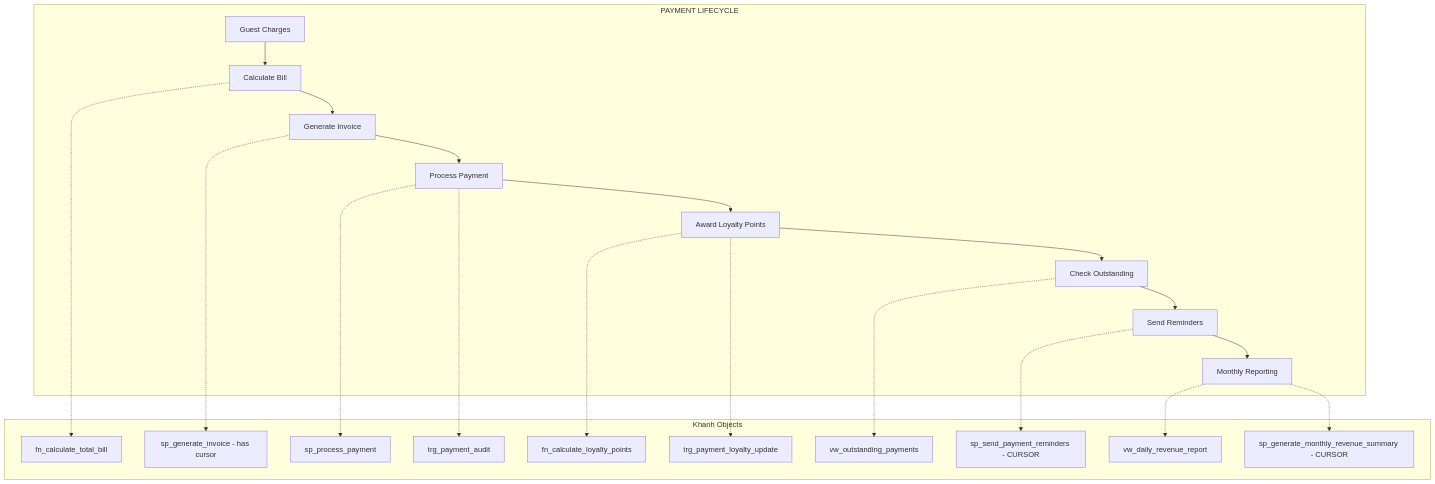
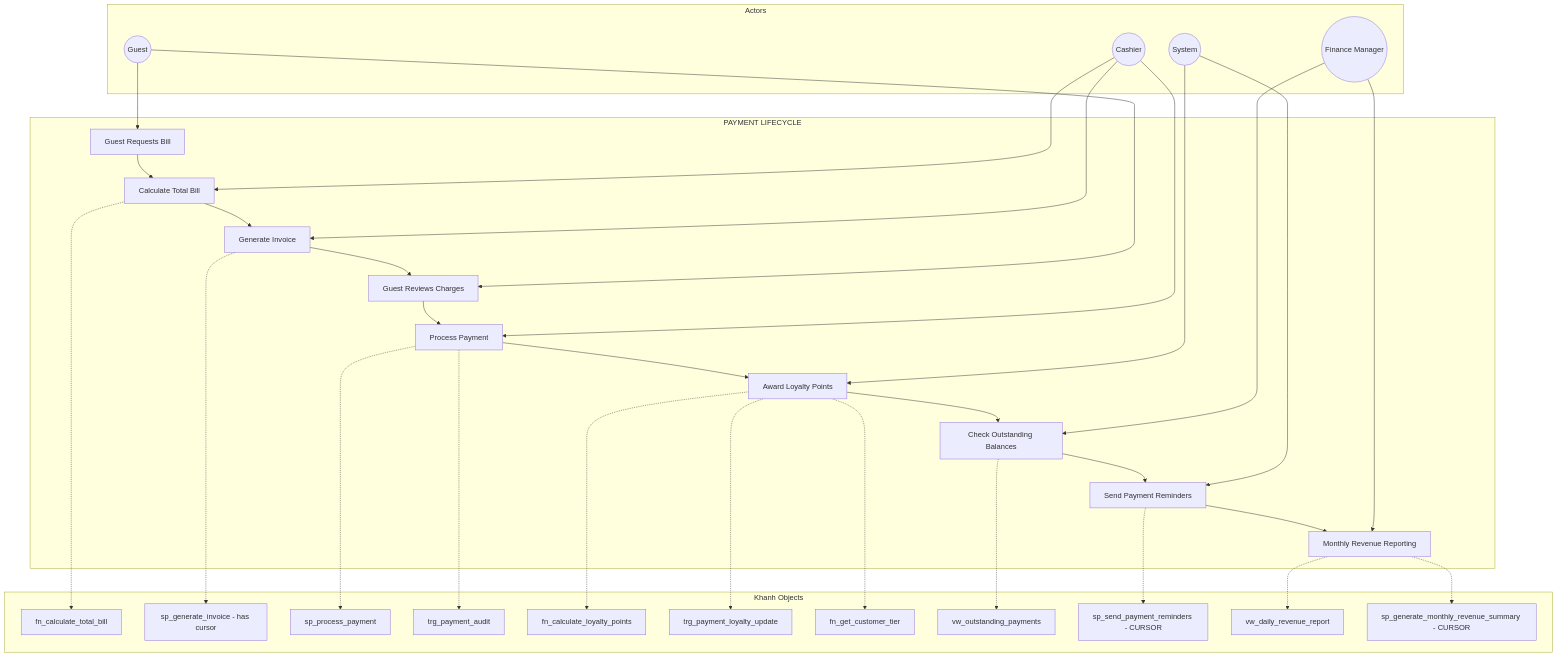
Before and after one commit to LoudlyDawn2108/FantasticHotel: the second of 4 diagrams in MEMBER_BUSINESS_PROCESS_VERIFICATION.md, drawn with Mermaid. The commit also changed other lines of this file, not shown here.

Commit message:
feat: Introduce actor subgraphs and action mappings to business process flowcharts, and update object summaries with actor roles and refined descriptions.

````diff
--- a/MEMBER_BUSINESS_PROCESS_VERIFICATION.md
+++ b/MEMBER_BUSINESS_PROCESS_VERIFICATION.md
@@ -70,25 +84,44 @@
 ```mermaid
 flowchart TB
+    subgraph "Actors"
+        A1((Guest))
+        A2((Cashier))
+        A3((Finance Manager))
+        A4((System))
+    end
+    
     subgraph "PAYMENT LIFECYCLE"
-        A[Guest Charges] --> B[Calculate Bill]
+        A[Guest Requests Bill] --> B[Calculate Total Bill]
         B --> C[Generate Invoice]
-        C --> D[Process Payment]
-        D --> E[Award Loyalty Points]
-        E --> F[Check Outstanding]
-        F --> G[Send Reminders]
-        G --> H[Monthly Reporting]
+        C --> D[Guest Reviews Charges]
+        D --> E[Process Payment]
+        E --> F[Award Loyalty Points]
+        F --> G[Check Outstanding Balances]
+        G --> H[Send Payment Reminders]
+        H --> I[Monthly Revenue Reporting]
     end
     
     subgraph "Khanh Objects"
         B -.-> FN1[fn_calculate_total_bill]
         C -.-> SP2[sp_generate_invoice - has cursor]
-        D -.-> SP1[sp_process_payment]
-        D -.-> TR2[trg_payment_audit]
-        E -.-> FN2[fn_calculate_loyalty_points]
-        E -.-> TR1[trg_payment_loyalty_update]
-        F -.-> VW2[vw_outstanding_payments]
-        G -.-> CUR1[sp_send_payment_reminders - CURSOR]
-        H -.-> VW1[vw_daily_revenue_report]
-        H -.-> CUR2[sp_generate_monthly_revenue_summary - CURSOR]
+        E -.-> SP1[sp_process_payment]
+        E -.-> TR2[trg_payment_audit]
+        F -.-> FN2[fn_calculate_loyalty_points]
+        F -.-> TR1[trg_payment_loyalty_update]
+        F -.-> FN3[fn_get_customer_tier]
+        G -.-> VW2[vw_outstanding_payments]
+        H -.-> CUR1[sp_send_payment_reminders - CURSOR]
+        I -.-> VW1[vw_daily_revenue_report]
+        I -.-> CUR2[sp_generate_monthly_revenue_summary - CURSOR]
     end
+    
+    A1 --> A
+    A2 --> B
+    A2 --> C
+    A1 --> D
+    A2 --> E
+    A4 --> F
+    A3 --> G
+    A4 --> H
+    A3 --> I
 ```
````
